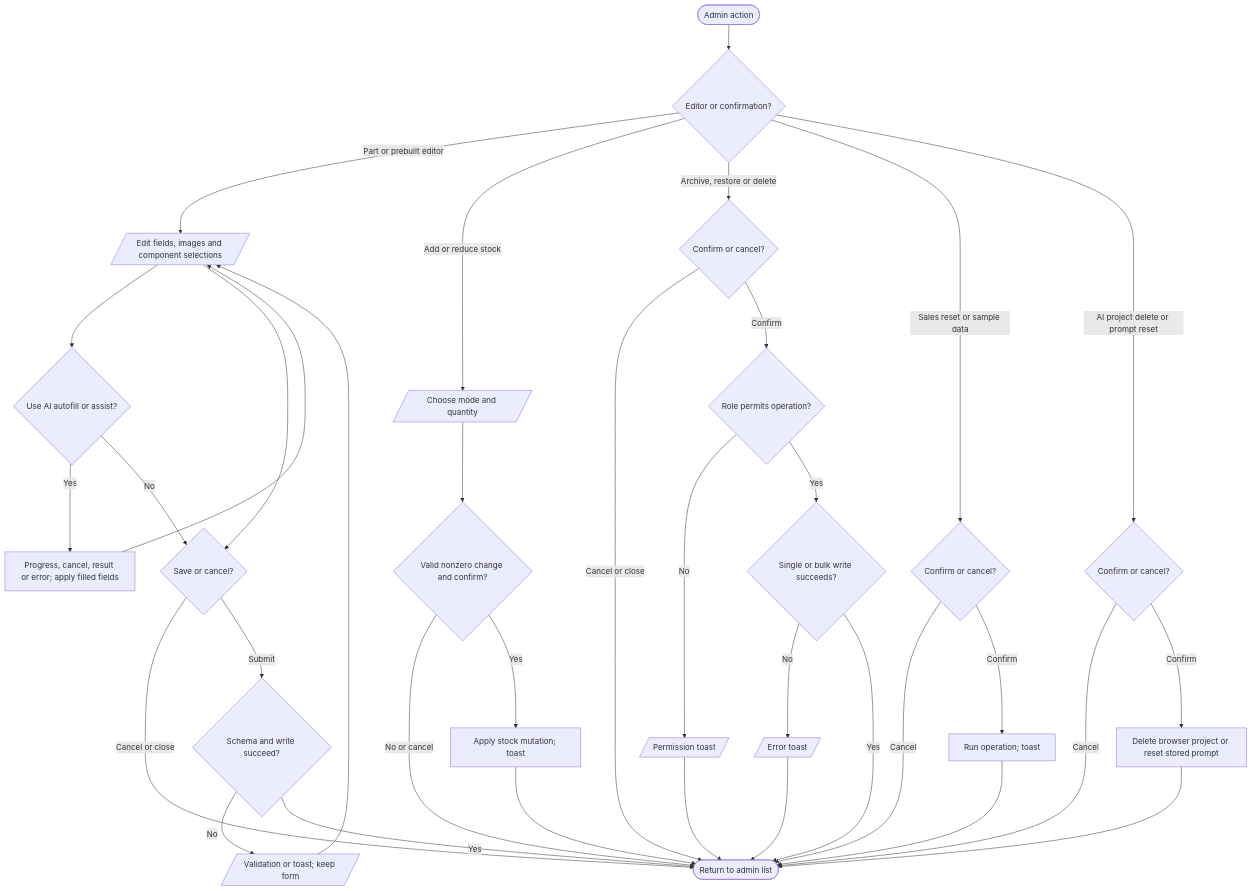
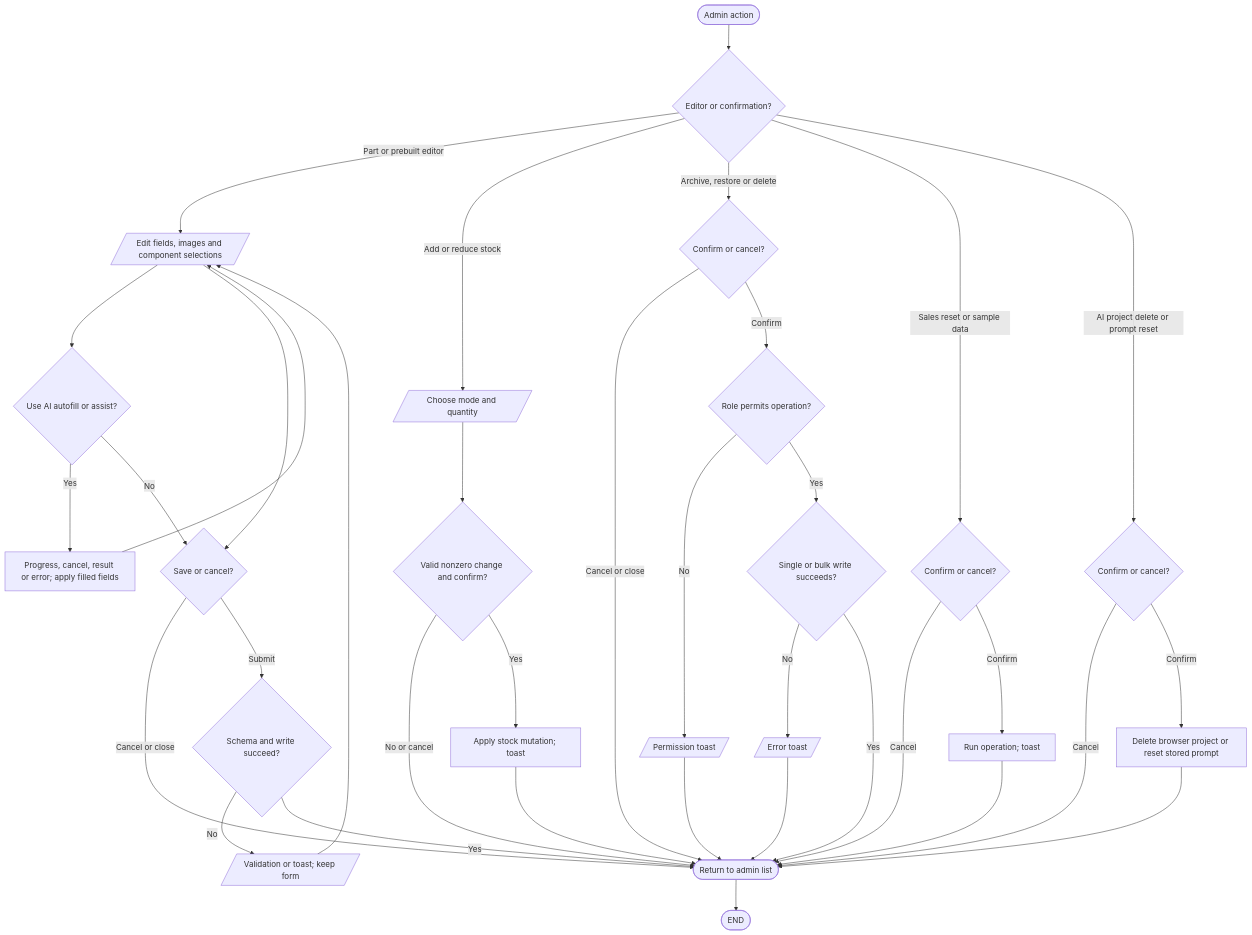
One commit to VirgenRayzon/BuilbotAI changed the third of 4 diagrams in docs/flowcharts/popup-decision-flowcharts.md. Above: the diagram before and after it, drawn with Mermaid. The commit also changed other lines of this file and 109 other files, not shown here.

Commit message:
feat(builder): add live recommendations, budget slider, and updated system flowcharts

````diff
--- a/docs/flowcharts/popup-decision-flowcharts.md
+++ b/docs/flowcharts/popup-decision-flowcharts.md
@@ -73,30 +95,31 @@
 ```mermaid
 flowchart TD
   Start([Admin action]) --> Kind{Editor or confirmation?}
   Kind -- Part or prebuilt editor --> Form[/Edit fields, images and component selections/]
   Form --> Assist{Use AI autofill or assist?}
   Assist -- Yes --> Ai[Progress, cancel, result or error; apply filled fields] --> Form
   Assist -- No --> Save{Save or cancel?}
   Form --> Save
   Save -- Cancel or close --> Return([Return to admin list])
   Save -- Submit --> Valid{Schema and write succeed?}
   Valid -- No --> FormError[/Validation or toast; keep form/] --> Form
   Valid -- Yes --> Return
   Kind -- Add or reduce stock --> Stock[/Choose mode and quantity/]
   Stock --> StockChoice{Valid nonzero change and confirm?}
   StockChoice -- No or cancel --> Return
   StockChoice -- Yes --> StockWrite[Apply stock mutation; toast] --> Return
   Kind -- Archive, restore or delete --> Confirm{Confirm or cancel?}
   Confirm -- Cancel or close --> Return
   Confirm -- Confirm --> Permission{Role permits operation?}
   Permission -- No --> Denied[/Permission toast/] --> Return
   Permission -- Yes --> Write{Single or bulk write succeeds?}
   Write -- No --> WriteError[/Error toast/] --> Return
   Write -- Yes --> Return
   Kind -- Sales reset or sample data --> SalesConfirm{Confirm or cancel?}
   SalesConfirm -- Cancel --> Return
   SalesConfirm -- Confirm --> SalesWrite[Run operation; toast] --> Return
   Kind -- AI project delete or prompt reset --> AiConfirm{Confirm or cancel?}
   AiConfirm -- Cancel --> Return
   AiConfirm -- Confirm --> AiWrite[Delete browser project or reset stored prompt] --> Return
+  Return --> Finish([END])
 ```
````
